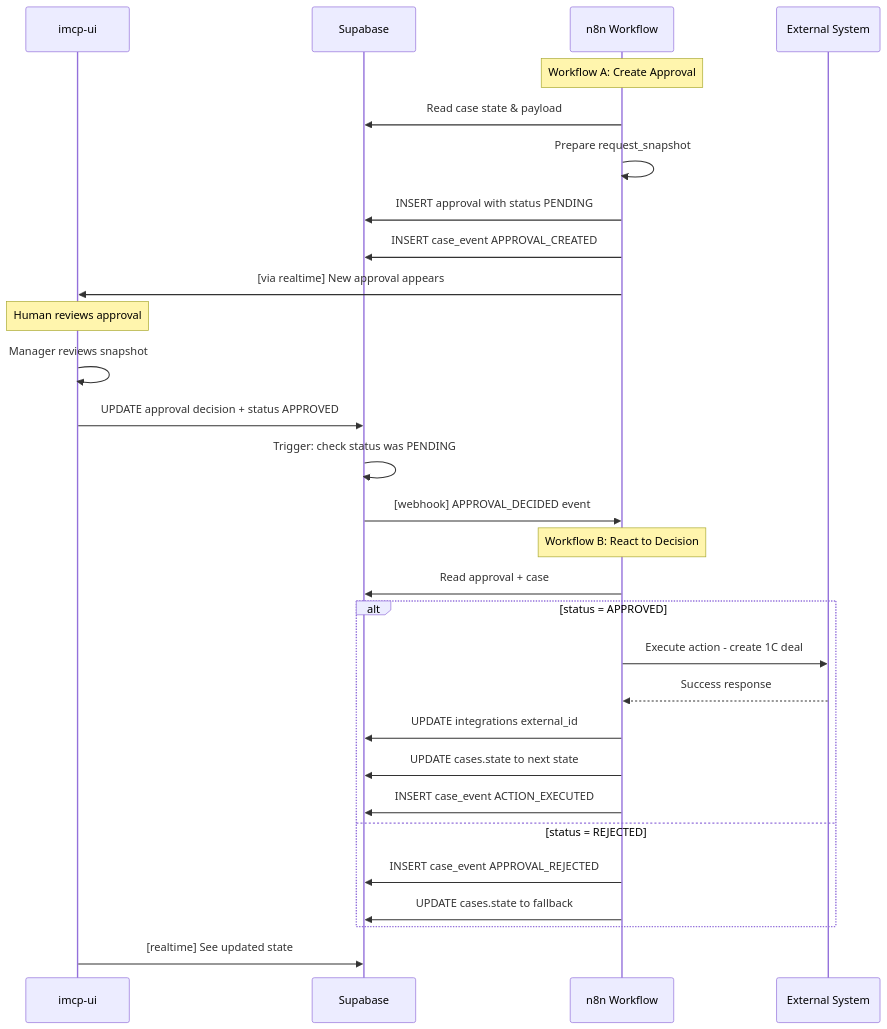
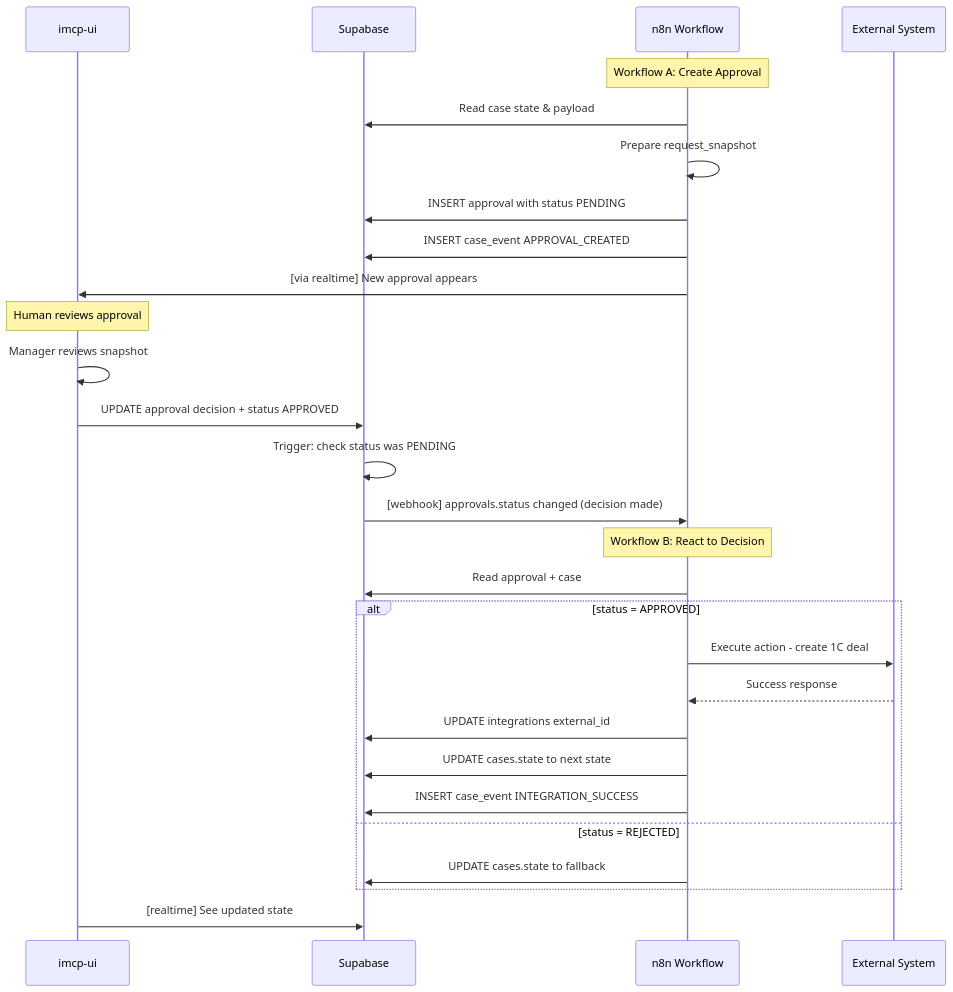
The second of 5 diagrams in docs/core/01_architecture_overview.md (ivanbondardev/imcp), drawn with Mermaid before and after one commit. The commit also changed other lines of this file and 6 other files, not shown here.

````diff
--- a/docs/core/01_architecture_overview.md
+++ b/docs/core/01_architecture_overview.md
@@ -181,35 +181,34 @@
 ```mermaid
 sequenceDiagram
     participant UI as imcp-ui
     participant DB as Supabase
     participant WF as n8n Workflow
     participant EXT as External System
 
     Note over WF: Workflow A: Create Approval
     WF->>DB: Read case state & payload
     WF->>WF: Prepare request_snapshot
     WF->>DB: INSERT approval with status PENDING
     WF->>DB: INSERT case_event APPROVAL_CREATED
     WF->>UI: [via realtime] New approval appears
 
     Note over UI: Human reviews approval
     UI->>UI: Manager reviews snapshot
     UI->>DB: UPDATE approval decision + status APPROVED
     DB->>DB: Trigger: check status was PENDING
-    DB->>WF: [webhook] APPROVAL_DECIDED event
+    DB->>WF: [webhook] approvals.status changed (decision made)
 
     Note over WF: Workflow B: React to Decision
     WF->>DB: Read approval + case
     alt status = APPROVED
         WF->>EXT: Execute action - create 1C deal
         EXT-->>WF: Success response
         WF->>DB: UPDATE integrations external_id
         WF->>DB: UPDATE cases.state to next state
-        WF->>DB: INSERT case_event ACTION_EXECUTED
+        WF->>DB: INSERT case_event INTEGRATION_SUCCESS
     else status = REJECTED
-        WF->>DB: INSERT case_event APPROVAL_REJECTED
         WF->>DB: UPDATE cases.state to fallback
     end
     
     UI->>DB: [realtime] See updated state
 ```
````
